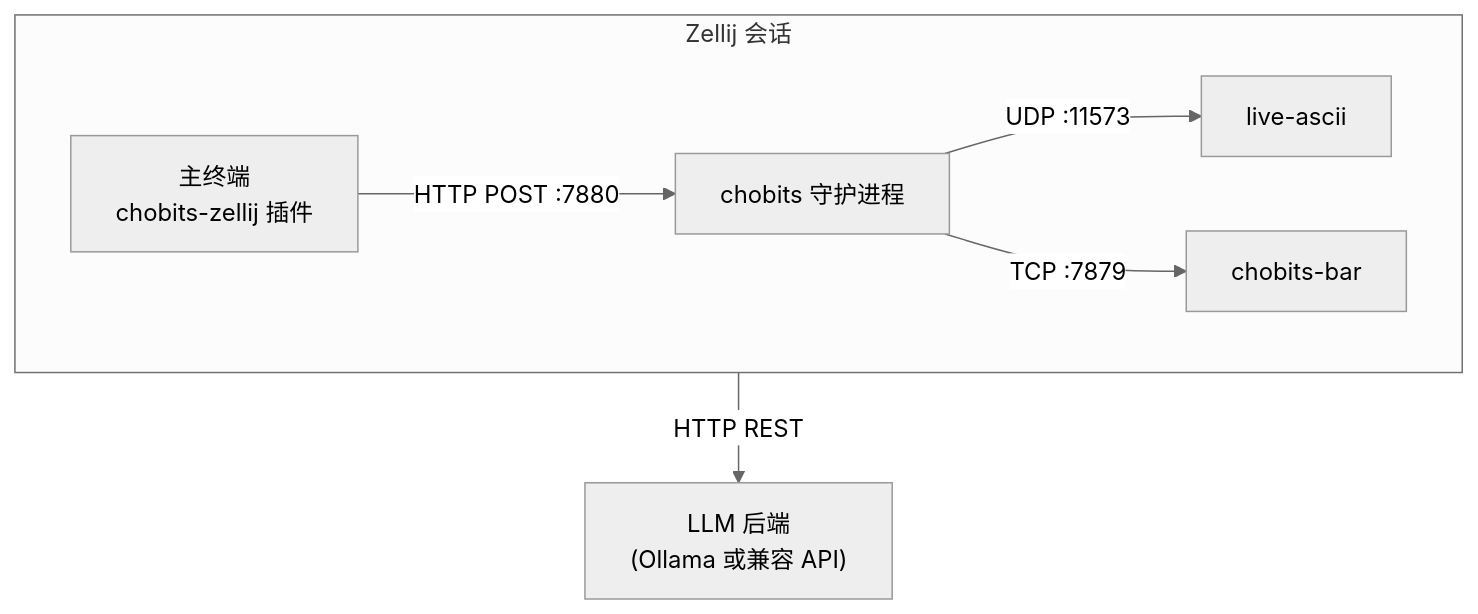
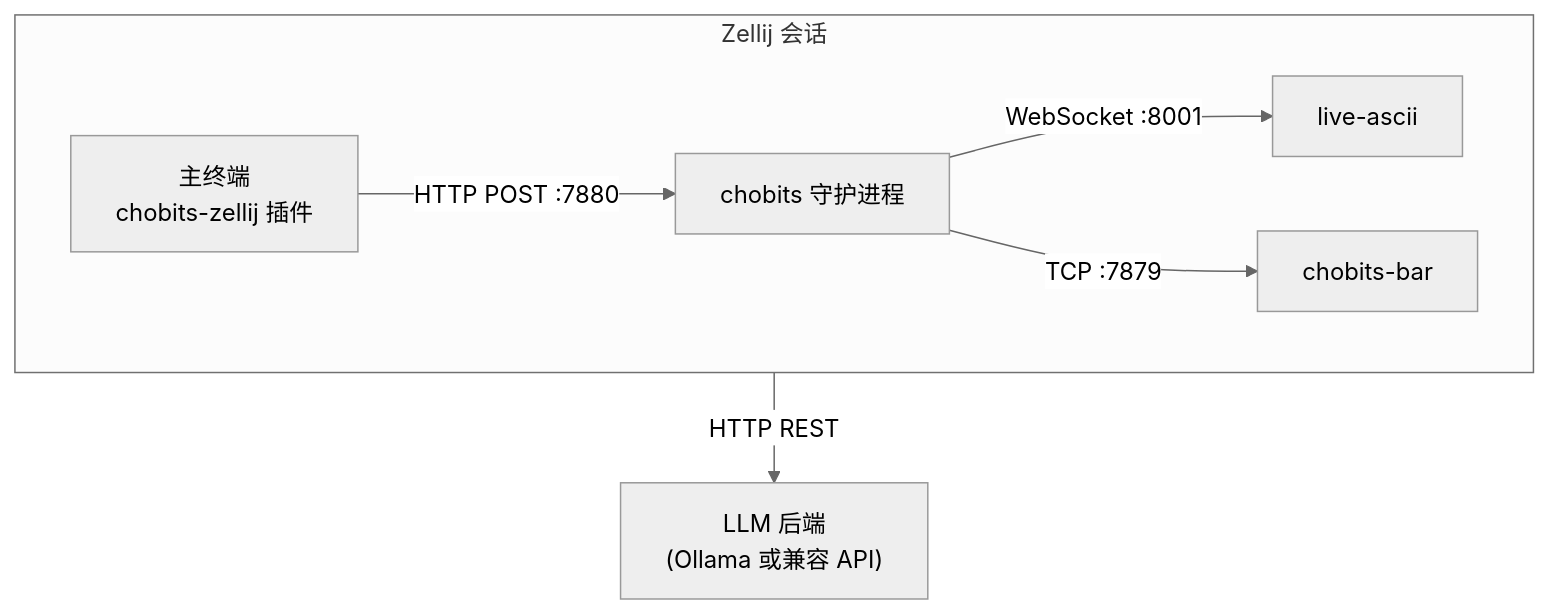
Before and after one commit to NewComer00/Chobits: the diagram in README.md, drawn with Mermaid (neutral theme). The commit also changed other lines of this file and 23 other files, not shown here.

First line of the commit message:
feat: replace OSF expressions with live-ascii VTS hotkeys

````diff
--- a/README.md
+++ b/README.md
@@ -611,17 +634,17 @@
 ```mermaid
 flowchart TB
     subgraph Zellij["Zellij 会话"]
         direction LR
         Terminal["主终端\nchobits-zellij 插件"]
         Daemon["chobits 守护进程"]
         LiveAscii["live-ascii"]
         Bar["chobits-bar"]
     end
 
     LLM["LLM 后端\n(Ollama 或兼容 API)"]
 
     Terminal -->|"HTTP POST :7880"| Daemon
     Daemon -->|"HTTP REST"| LLM
-    Daemon -->|"UDP :11573"| LiveAscii
+    Daemon -->|"WebSocket :8001"| LiveAscii
     Daemon -->|"TCP :7879"| Bar
 ```
````
